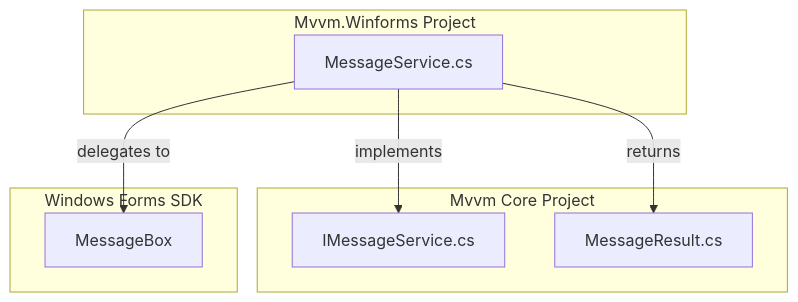
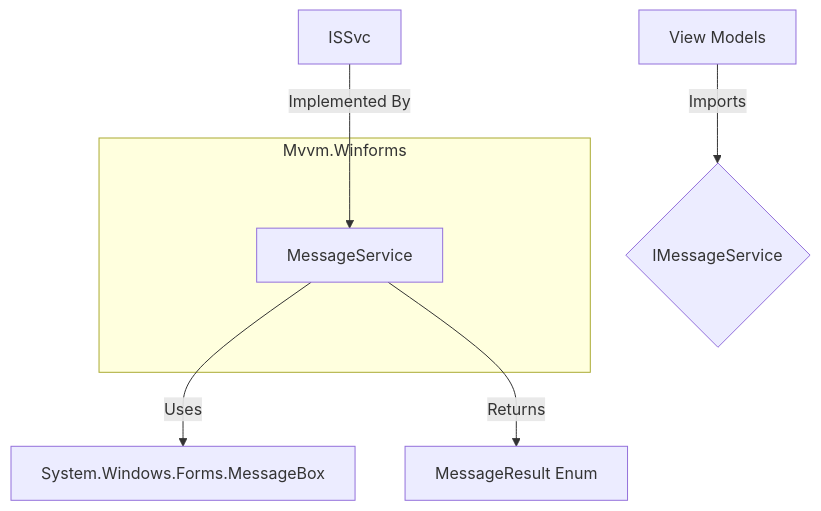
Before and after one commit to wetzlmaier-scch/mvvm: the diagram in doc/Mvvm.Winforms.md, drawn with Mermaid. The commit also changed other lines of this file and 111 other files, not shown here.

````diff
--- a/doc/Mvvm.Winforms.md
+++ b/doc/Mvvm.Winforms.md
@@ -15,19 +13,10 @@
 ```mermaid
 flowchart TD
-    subgraph "Mvvm.Winforms Project"
-        MS[MessageService.cs]
+    VM[View Models] -->|Imports| ISvc{IMessageService}
+    subgraph Mvvm.Winforms
+        MsgSvc[MessageService]
     end
-    
-    subgraph "Mvvm Core Project"
-        IMS[IMessageService.cs]
-        MR[MessageResult.cs]
-    end
-    
-    subgraph "Windows Forms SDK"
-        MB[MessageBox]
-    end
-    
-    MS -->|implements| IMS
-    MS -->|returns| MR
-    MS -->|delegates to| MB
+    ISSvc -->|Implemented By| MsgSvc
+    MsgSvc -->|Uses| WinForms[System.Windows.Forms.MessageBox]
+    MsgSvc -->|Returns| MsgRes[MessageResult Enum]
 ```
````
